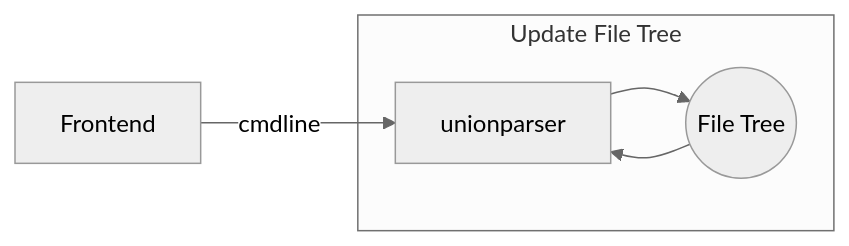
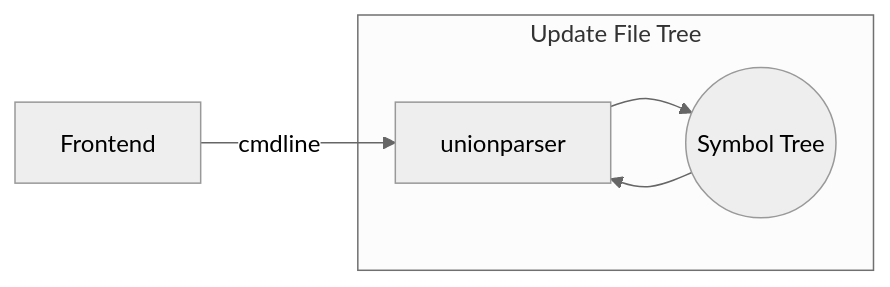
Before and after one commit to FunningC0217/UnionParser: the second of 5 diagrams in README.md, drawn with Mermaid (neutral theme). The commit also changed other lines of this file, not shown here.

````diff
--- a/README.md
+++ b/README.md
@@ -21,7 +21,7 @@
 ```mermaid
 graph LR;
 A[Frontend]--cmdline-->UP[unionparser]
 subgraph Update File Tree
-UP-->T((File Tree))-->UP
+UP-->S((Symbol Tree))-->UP
 end
 ```
````
